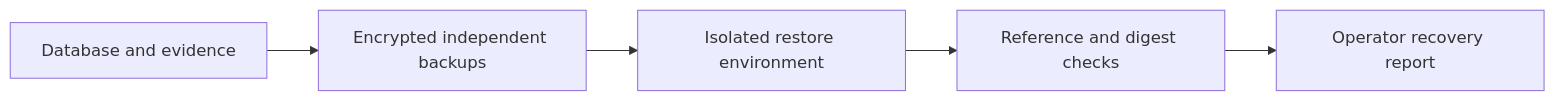
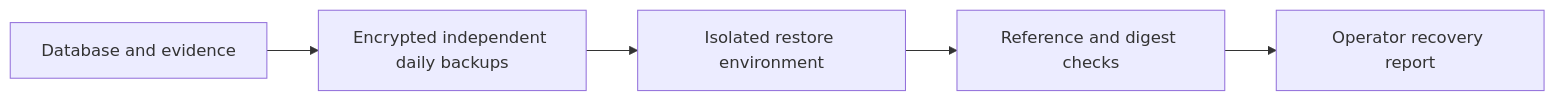
One commit to robsgreen/property-focus changed diagram 28 of 29 in specs/property-focus/master-plan.md. Above: the diagram before and after it, drawn with Mermaid. The commit also changed other lines of this file, not shown here.

````diff
--- a/specs/property-focus/master-plan.md
+++ b/specs/property-focus/master-plan.md
@@ -390,7 +586,7 @@
 ```mermaid
 flowchart LR
-    Live[Database and evidence] --> Backup[Encrypted independent backups]
+    Live[Database and evidence] --> Backup[Encrypted independent daily backups]
     Backup --> Isolated[Isolated restore environment]
     Isolated --> Verify[Reference and digest checks]
     Verify --> Drill[Operator recovery report]
 ```
````
